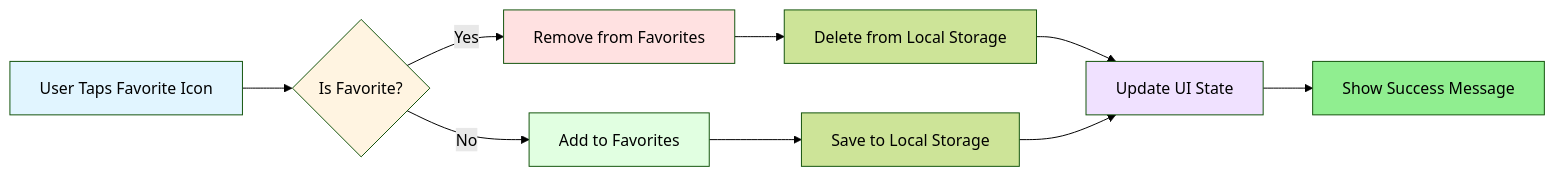
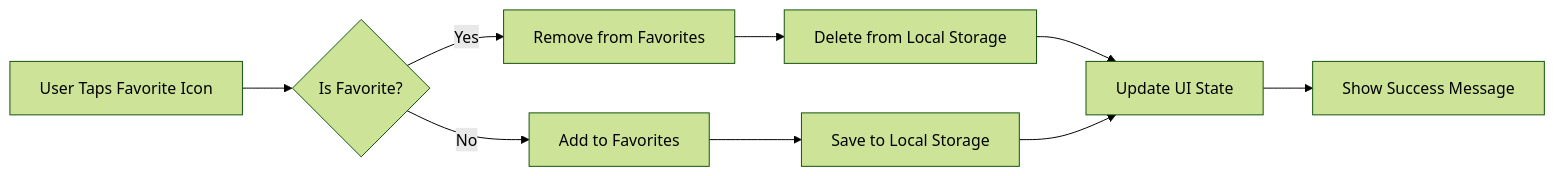
The sixth of 7 diagrams in README.md (AliGad17611/cat_app), drawn with Mermaid (forest theme) before and after one commit. The commit also changed other lines of this file, not shown here.

Commit message:
docs: restructure data flow diagrams in README for clarity and consistency

````diff
--- a/README.md
+++ b/README.md
@@ -310,21 +287,14 @@
 ```mermaid
 flowchart LR
     A[User Taps Favorite Icon] --> B{Is Favorite?}
     B -->|Yes| C[Remove from Favorites]
     B -->|No| D[Add to Favorites]
     
     C --> E[Delete from Local Storage]
     D --> F[Save to Local Storage]
     
     E --> G[Update UI State]
     F --> G
     
     G --> H[Show Success Message]
-    
-    style A fill:#e1f5ff
-    style B fill:#fff4e1
-    style C fill:#ffe1e1
-    style D fill:#e1ffe1
-    style G fill:#f0e1ff
-    style H fill:#90EE90
 ```
````
